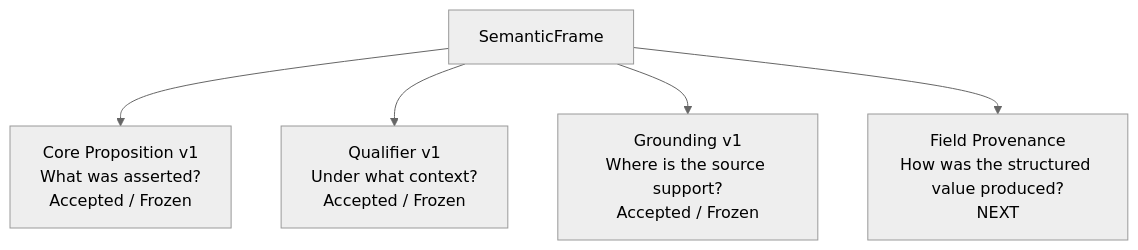
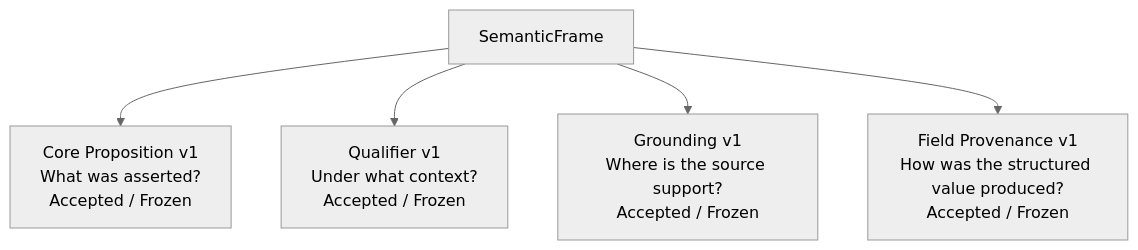
Before and after one commit to Anhao1314/flowcredit-research: the second of 2 diagrams in README.md, drawn with Mermaid (neutral theme). The commit also changed other lines of this file and 2 other files, not shown here.

Commit message:
docs(contracts): freeze field provenance v1 and sync status

````diff
--- a/README.md
+++ b/README.md
@@ -78,7 +78,7 @@
 ```mermaid
 flowchart TB
     SF[SemanticFrame] --> CP[Core Proposition v1<br/>What was asserted?<br/>Accepted / Frozen]
     SF --> Q[Qualifier v1<br/>Under what context?<br/>Accepted / Frozen]
     SF --> G[Grounding v1<br/>Where is the source support?<br/>Accepted / Frozen]
-    SF --> FP[Field Provenance<br/>How was the structured value produced?<br/>NEXT]
+    SF --> FP[Field Provenance v1<br/>How was the structured value produced?<br/>Accepted / Frozen]
 ```
````
